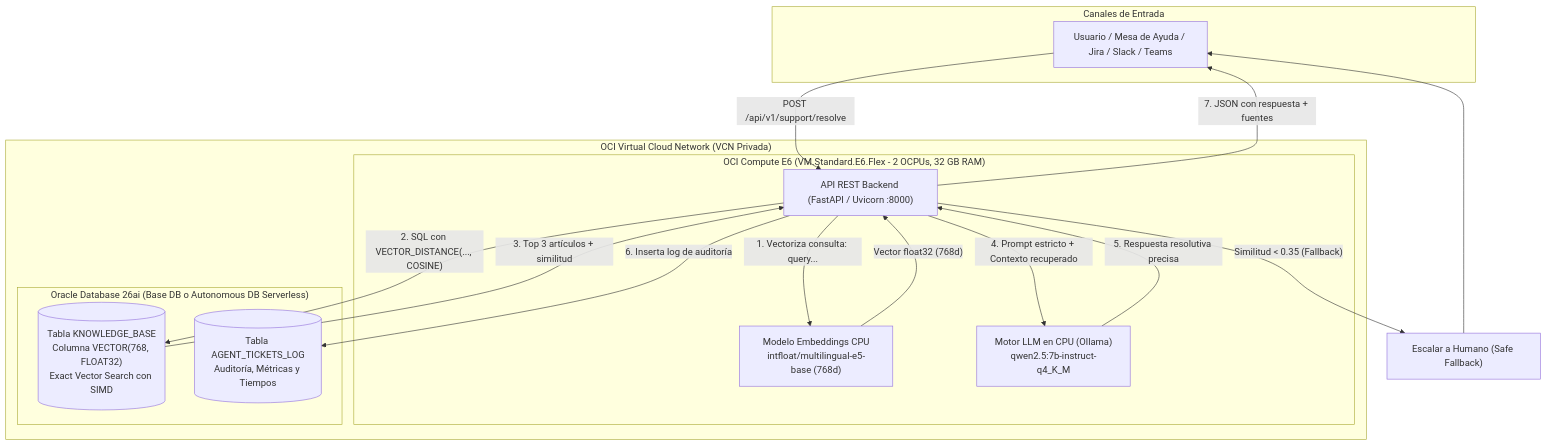
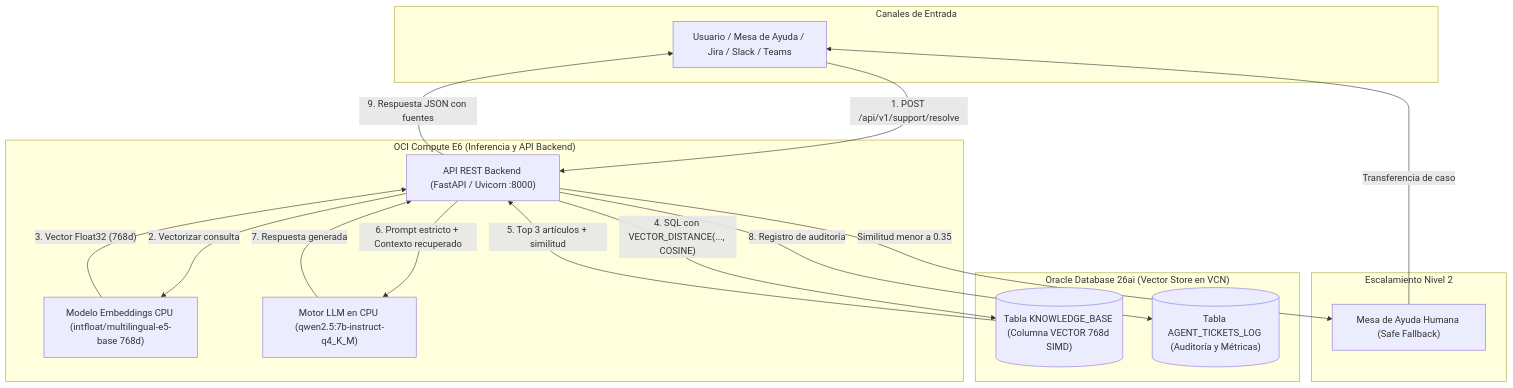
One commit to tipsforcloud/Oracle-VectorDesk changed the diagram in README.md. Above: the diagram before and after it, drawn with Mermaid.

Commit message:
Fix: Flatten Mermaid subgraphs and simplify labels for clean GitHub rendering

````diff
--- a/README.md
+++ b/README.md
@@ -29,33 +29,35 @@
 ```mermaid
 flowchart TD
     subgraph Canales ["Canales de Entrada"]
         User["Usuario / Mesa de Ayuda / Jira / Slack / Teams"]
     end
 
-    subgraph OCI_VCN ["OCI Virtual Cloud Network (VCN Privada)"]
-        subgraph VM_Compute ["OCI Compute E6 (VM.Standard.E6.Flex - 2 OCPUs, 32 GB RAM)"]
-            API["API REST Backend (FastAPI / Uvicorn :8000)"]
-            EmbedModel["Modelo Embeddings CPU<br/>intfloat/multilingual-e5-base (768d)"]
-            Ollama["Motor LLM en CPU (Ollama)<br/>qwen2.5:7b-instruct-q4_K_M"]
-        end
-
-        subgraph Oracle_DB ["Oracle Database 26ai (Base DB o Autonomous DB Serverless)"]
-            KB_Table[("Tabla KNOWLEDGE_BASE<br/>Columna VECTOR(768, FLOAT32)<br/>Exact Vector Search con SIMD")]
-            Audit_Table[("Tabla AGENT_TICKETS_LOG<br/>Auditoría, Métricas y Tiempos")]
-        end
+    subgraph VM_Compute ["OCI Compute E6 (Inferencia y API Backend)"]
+        API["API REST Backend (FastAPI / Uvicorn :8000)"]
+        EmbedModel["Modelo Embeddings CPU (intfloat/multilingual-e5-base 768d)"]
+        Ollama["Motor LLM en CPU (qwen2.5:7b-instruct-q4_K_M)"]
     end
 
-    User -->|"POST /api/v1/support/resolve"| API
-    API -->|"1. Vectoriza consulta: query..."| EmbedModel
-    EmbedModel -->|"Vector float32 (768d)"| API
-    API -->|"2. SQL con VECTOR_DISTANCE(..., COSINE)"| KB_Table
-    KB_Table -->|"3. Top 3 artículos + similitud"| API
+    subgraph Oracle_DB ["Oracle Database 26ai (Vector Store en VCN)"]
+        KB_Table[("Tabla KNOWLEDGE_BASE (Columna VECTOR 768d SIMD)")]
+        Audit_Table[("Tabla AGENT_TICKETS_LOG (Auditoría y Métricas)")]
+    end
+
+    subgraph Soporte_Humano ["Escalamiento Nivel 2"]
+        Escalar["Mesa de Ayuda Humana (Safe Fallback)"]
+    end
+
+    User -->|"1. POST /api/v1/support/resolve"| API
+    API -->|"2. Vectorizar consulta"| EmbedModel
+    EmbedModel -->|"3. Vector Float32 (768d)"| API
+    API -->|"4. SQL con VECTOR_DISTANCE(..., COSINE)"| KB_Table
+    KB_Table -->|"5. Top 3 artículos + similitud"| API
     
-    API -->|"Similitud < 0.35 (Fallback)"| Escalar["Escalar a Humano (Safe Fallback)"]
-    Escalar --> User
+    API -->|"Similitud menor a 0.35"| Escalar
+    Escalar -->|"Transferencia de caso"| User
     
-    API -->|"4. Prompt estricto + Contexto recuperado"| Ollama
-    Ollama -->|"5. Respuesta resolutiva precisa"| API
-    API -->|"6. Inserta log de auditoría"| Audit_Table
-    API -->|"7. JSON con respuesta + fuentes"| User
+    API -->|"6. Prompt estricto + Contexto recuperado"| Ollama
+    Ollama -->|"7. Respuesta generada"| API
+    API -->|"8. Registro de auditoría"| Audit_Table
+    API -->|"9. Respuesta JSON con fuentes"| User
 ```
````
